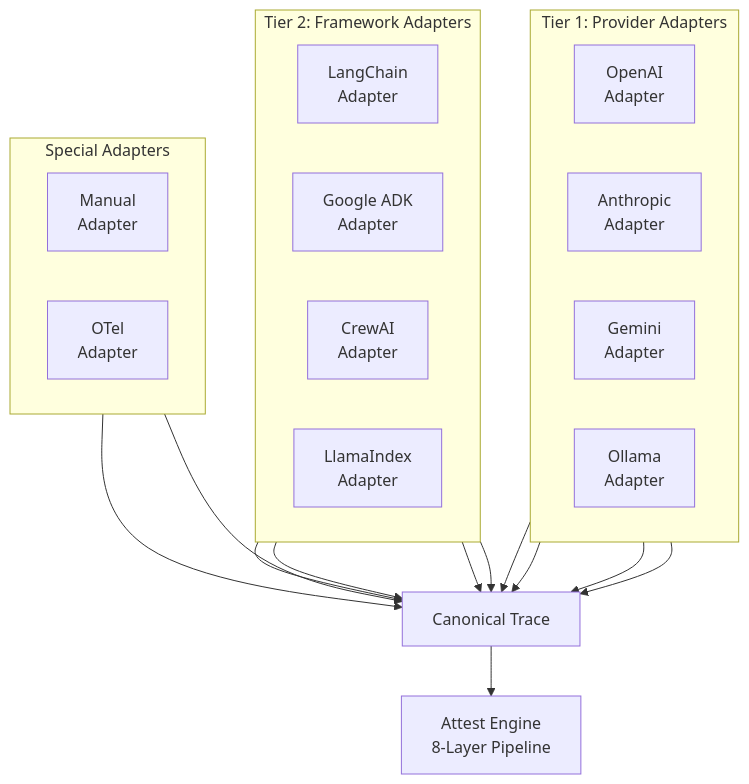
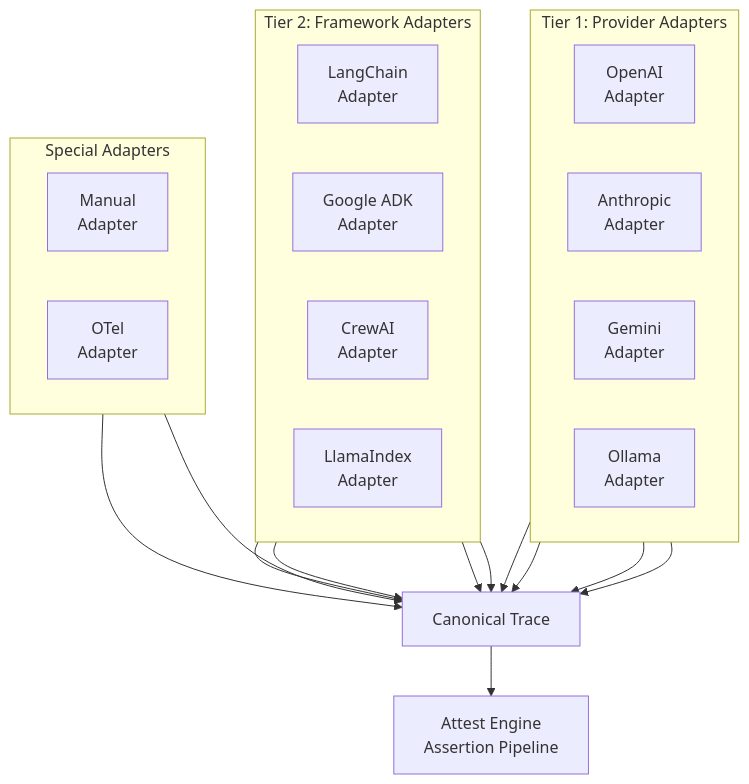
The first of 2 diagrams in src/content/docs/architecture/adapter-system.mdx (attest-framework/attest-website), drawn with Mermaid before and after one commit. The commit also changed other lines of this file and 24 other files, not shown here.

````diff
--- a/src/content/docs/architecture/adapter-system.mdx
+++ b/src/content/docs/architecture/adapter-system.mdx
@@ -10,36 +10,36 @@
 ```mermaid
 flowchart TB
     subgraph TIER1["Tier 1: Provider Adapters"]
         direction LR
         OAI["OpenAI<br/>Adapter"]
         ANT["Anthropic<br/>Adapter"]
         GEM["Gemini<br/>Adapter"]
         OLL["Ollama<br/>Adapter"]
     end
 
     subgraph TIER2["Tier 2: Framework Adapters"]
         direction LR
         LC["LangChain<br/>Adapter"]
         ADK["Google ADK<br/>Adapter"]
         CR["CrewAI<br/>Adapter"]
         LI["LlamaIndex<br/>Adapter"]
     end
 
     subgraph SPECIAL["Special Adapters"]
         direction LR
         MAN["Manual<br/>Adapter"]
         OTEL["OTel<br/>Adapter"]
     end
 
     OAI --> CT["Canonical Trace"]
     ANT --> CT
     GEM --> CT
     OLL --> CT
     LC --> CT
     ADK --> CT
     CR --> CT
     LI --> CT
     MAN --> CT
     OTEL --> CT
-    CT --> ENGINE["Attest Engine<br/>8-Layer Pipeline"]
+    CT --> ENGINE["Attest Engine<br/>Assertion Pipeline"]
 ```
````
